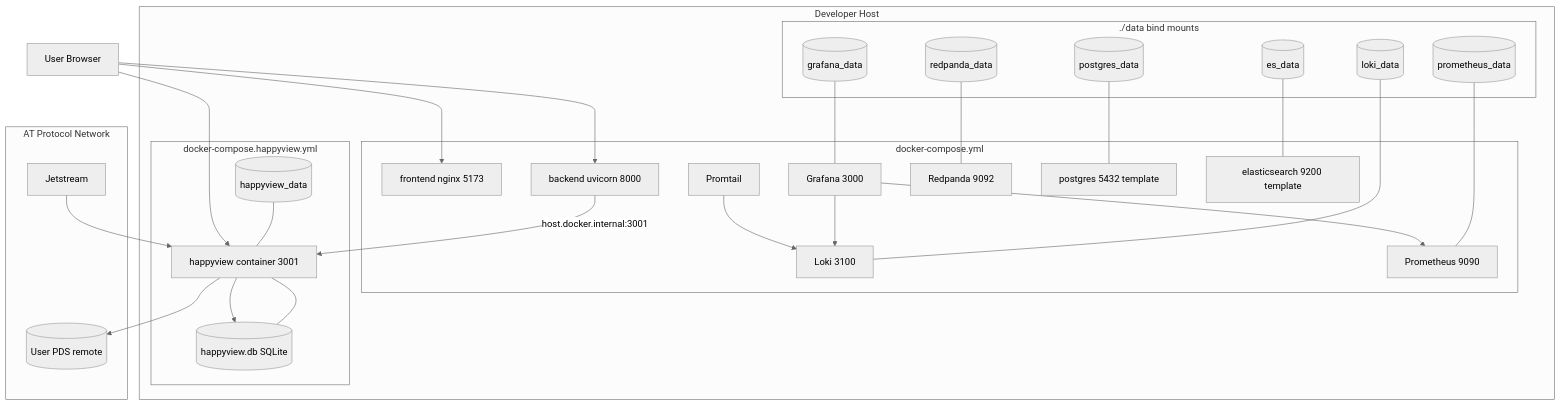
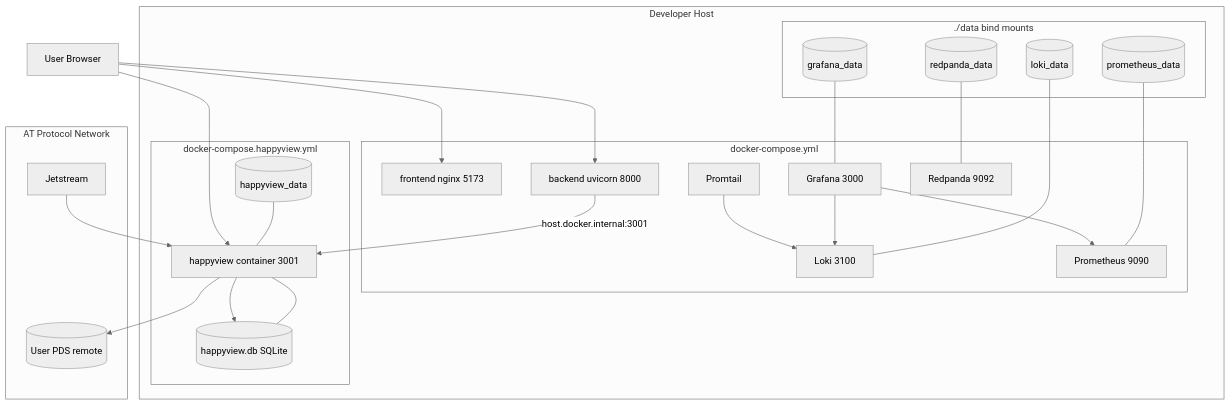
One commit to peterVG/ATPix changed the fifth of 7 diagrams in docs/architecture.md. Above: the diagram before and after it, drawn with Mermaid (neutral theme). The commit also changed other lines of this file and 2 other files, not shown here.

Commit message:
chore: remove unused Postgres and Elasticsearch from compose
Drop template datastore services not wired to ATPix apps. Gallery
indexing uses HappyView SQLite; update data/README and architecture.md
to reflect the leaner observability-only compose stack.

````diff
--- a/docs/architecture.md
+++ b/docs/architecture.md
@@ -288,55 +287,49 @@
 ```mermaid
 graph TB
     subgraph HostMachine [Developer Host]
         subgraph ComposeStack [docker-compose.yml]
             FrontendCtr[frontend nginx 5173]
             BackendCtr[backend uvicorn 8000]
             Grafana[Grafana 3000]
             Loki[Loki 3100]
             Promtail[Promtail]
             Prometheus[Prometheus 9090]
             Redpanda[Redpanda 9092]
-            PostgresTpl[postgres 5432 template]
-            ElasticTpl[elasticsearch 9200 template]
         end
 
         subgraph LocalVolumes [./data bind mounts]
             GrafanaData[(grafana_data)]
             LokiData[(loki_data)]
             PromData[(prometheus_data)]
             RedpandaData[(redpanda_data)]
-            PostgresData[(postgres_data)]
-            ElasticData[(es_data)]
         end
 
         subgraph HappyViewCompose [docker-compose.happyview.yml]
             HVApp[happyview container 3001]
             HVSqlite[(happyview.db SQLite)]
             HVData[(happyview_data)]
         end
     end
 
     subgraph Internet [AT Protocol Network]
         UserPDS[(User PDS remote)]
         JetstreamNet[Jetstream]
     end
 
     Browser[User Browser] --> FrontendCtr
     Browser --> BackendCtr
     Browser --> HVApp
     BackendCtr -->|host.docker.internal:3001| HVApp
     HVApp --> HVSqlite
     HVApp --> UserPDS
     JetstreamNet --> HVApp
     Promtail --> Loki
     Grafana --> Loki
     Grafana --> Prometheus
     GrafanaData --- Grafana
     LokiData --- Loki
     PromData --- Prometheus
     RedpandaData --- Redpanda
-    PostgresData --- PostgresTpl
-    ElasticData --- ElasticTpl
     HVSqlite --- HVApp
     HVData --- HVApp
 ```
````
